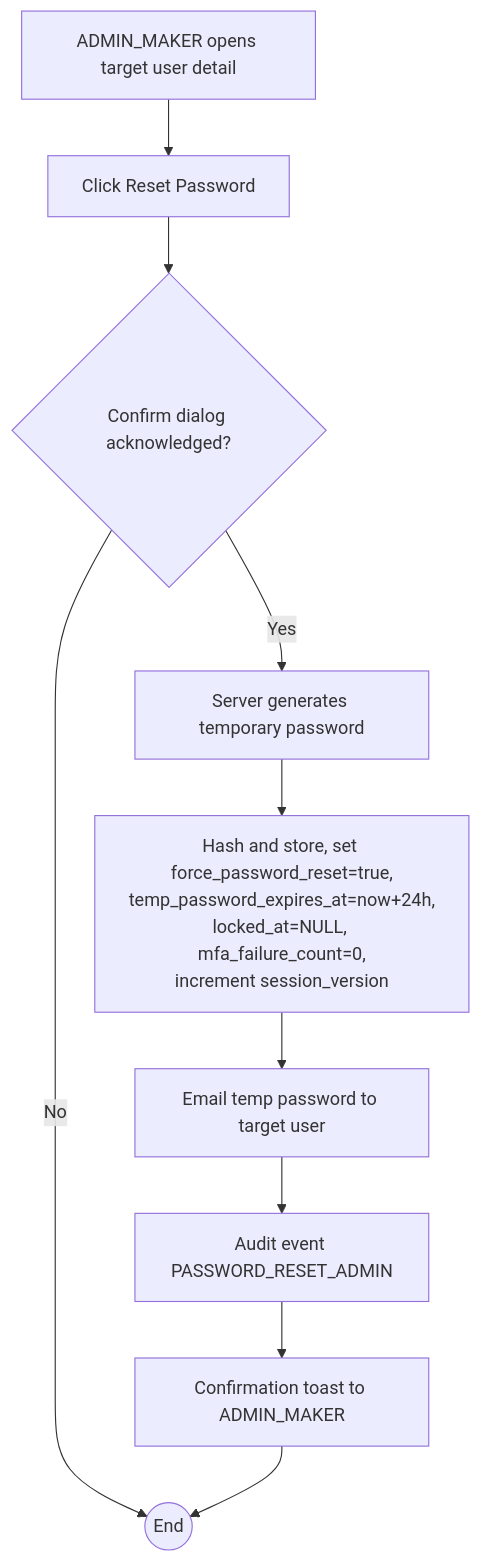
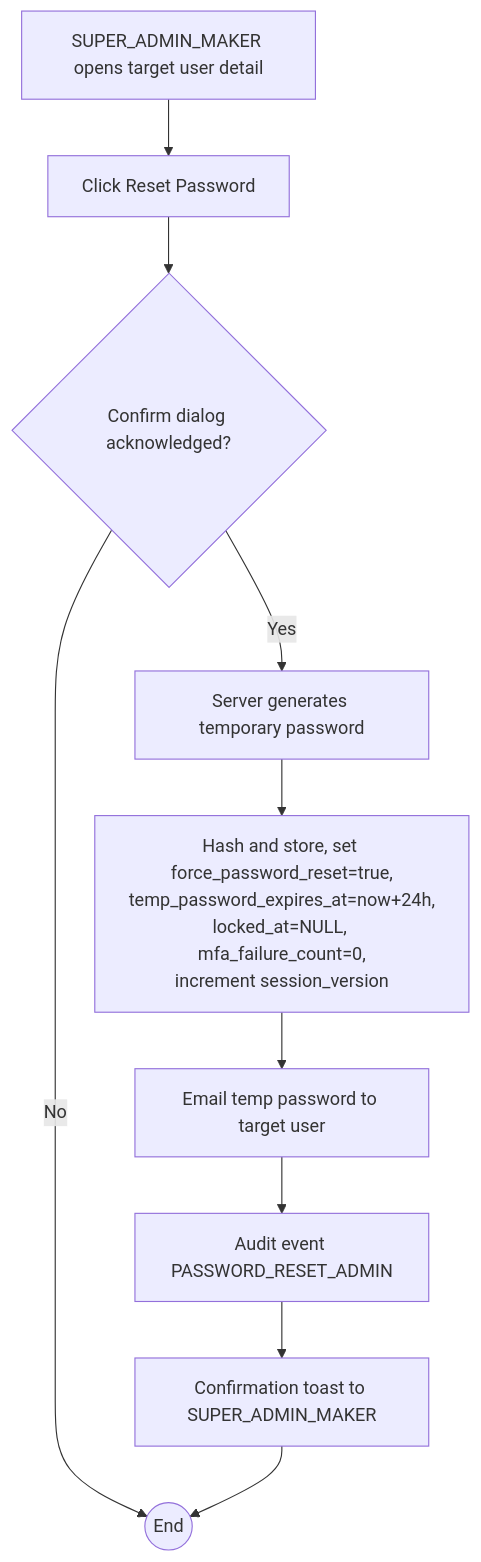
The diagram in Docs/1-Requirements/Workflows/WF-014-admin-password-reset.md (ruthvikchandravanam/Nexus-CA), drawn with Mermaid before and after one commit. The commit also changed other lines of this file and 33 other files, not shown here.

````diff
--- a/Docs/1-Requirements/Workflows/WF-014-admin-password-reset.md
+++ b/Docs/1-Requirements/Workflows/WF-014-admin-password-reset.md
@@ -23,12 +23,12 @@
 ```mermaid
 flowchart TD
-    A[ADMIN_MAKER opens target user detail] --> B[Click Reset Password]
+    A[SUPER_ADMIN_MAKER opens target user detail] --> B[Click Reset Password]
     B --> C{Confirm dialog acknowledged?}
     C -- No --> Z((End))
     C -- Yes --> D[Server generates temporary password]
     D --> E[Hash and store, set force_password_reset=true,<br/>temp_password_expires_at=now+24h,<br/>locked_at=NULL, mfa_failure_count=0,<br/>increment session_version]
     E --> F[Email temp password to target user]
     F --> G[Audit event PASSWORD_RESET_ADMIN]
-    G --> H[Confirmation toast to ADMIN_MAKER]
+    G --> H[Confirmation toast to SUPER_ADMIN_MAKER]
     H --> Z
 ```
````
